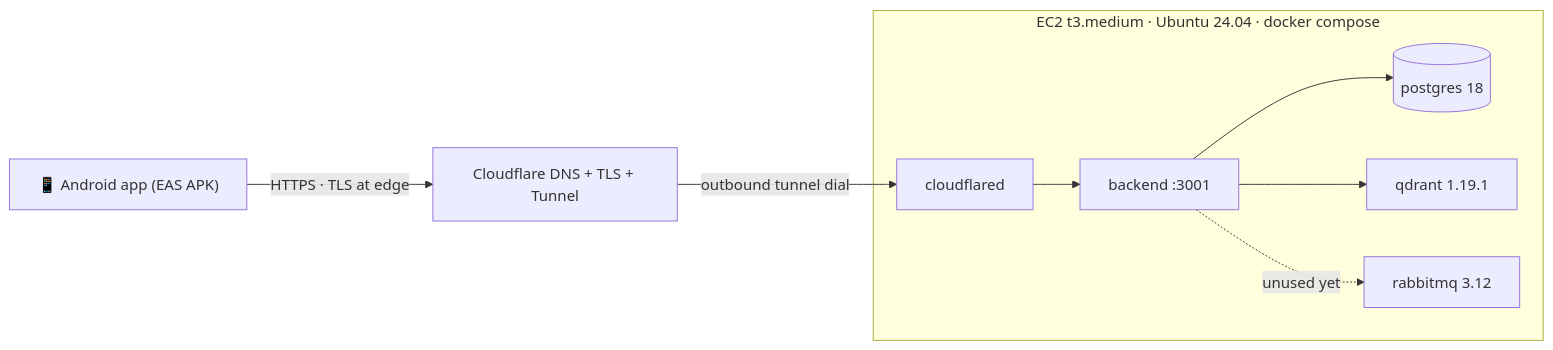
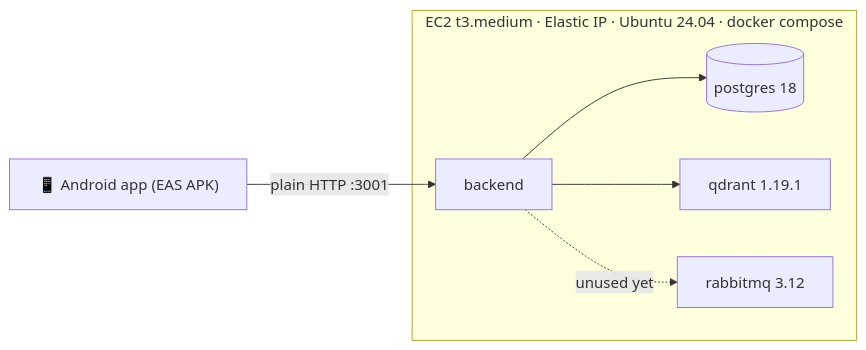
Before and after one commit to IAmPavelDev/axonpath: the diagram in knowledge-base/DEPLOY_AWS_BETA.md, drawn with Mermaid. The commit also changed other lines of this file and 5 other files, not shown here.

Commit message:
Switch AWS beta deployment to static Elastic IP over plain HTTP (no domain)

````diff
--- a/knowledge-base/DEPLOY_AWS_BETA.md
+++ b/knowledge-base/DEPLOY_AWS_BETA.md
@@ -13,11 +13,9 @@
 ```mermaid
 flowchart LR
-    P["📱 Android app (EAS APK)"] -->|"HTTPS · TLS at edge"| CF["Cloudflare DNS + TLS + Tunnel"]
-    CF -->|"outbound tunnel dial"| T["cloudflared"]
-    subgraph EC2["EC2 t3.medium · Ubuntu 24.04 · docker compose"]
-        T --> B["backend :3001"]
+    P["📱 Android app (EAS APK)"] -->|"plain HTTP :3001"| B["backend"]
+    subgraph EC2["EC2 t3.medium · Elastic IP · Ubuntu 24.04 · docker compose"]
         B --> PG[("postgres 18")]
         B --> Q["qdrant 1.19.1"]
         B -. "unused yet" .-> RM["rabbitmq 3.12"]
     end
 ```
````
